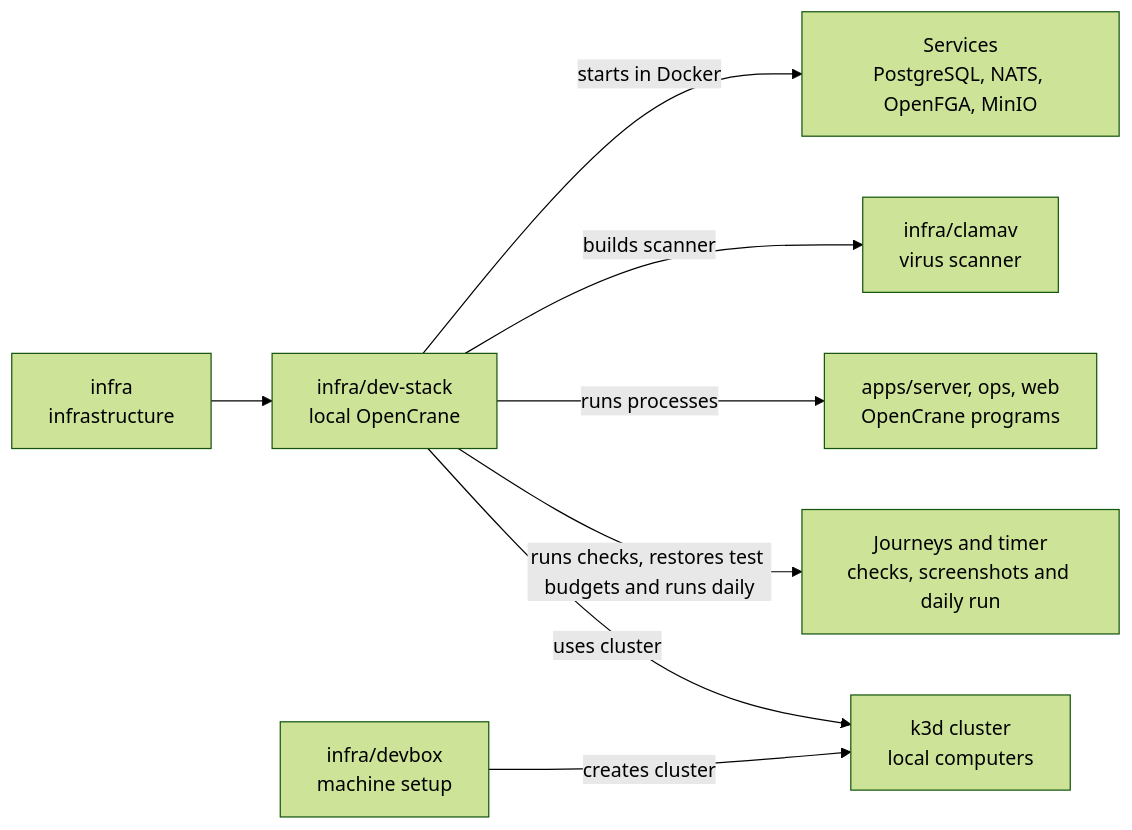
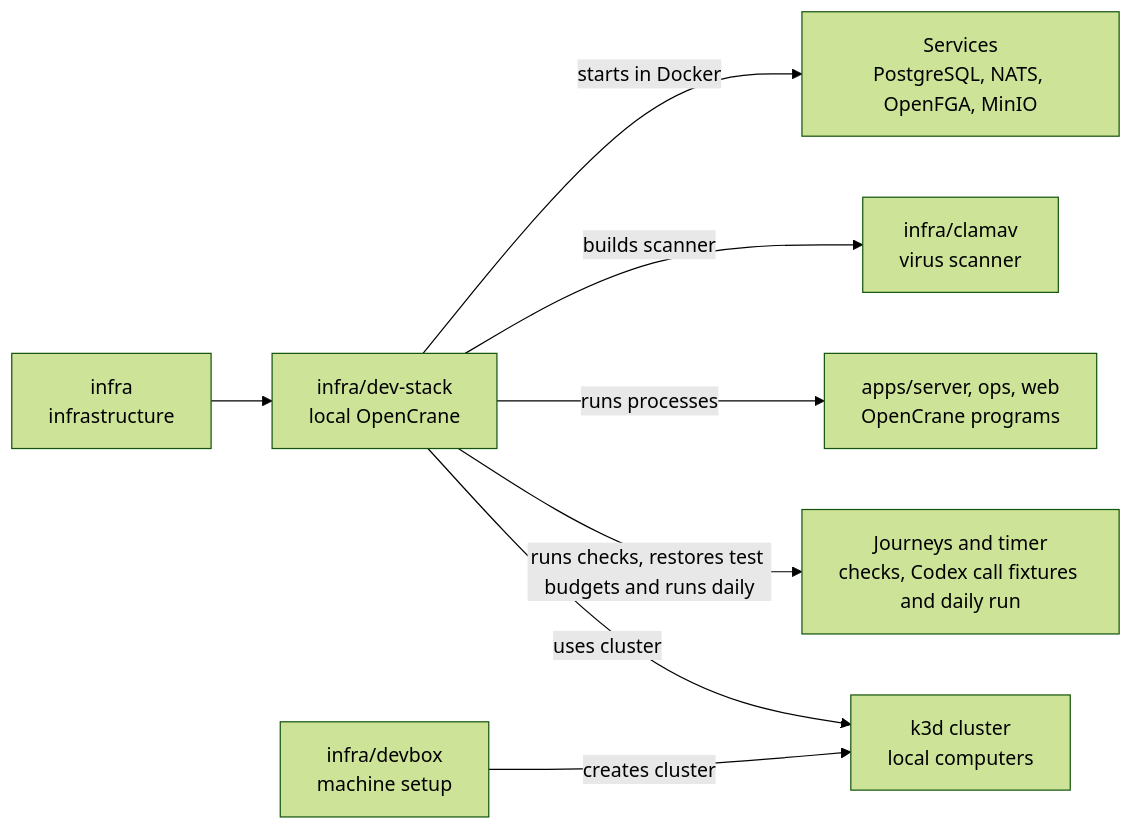
One commit to elewa-git/opencrane-new changed the diagram in infra/dev-stack/README.md. Above: the diagram before and after it, drawn with Mermaid (forest theme). The commit also changed other lines of this file and 26 other files, not shown here.

````diff
--- a/infra/dev-stack/README.md
+++ b/infra/dev-stack/README.md
@@ -15,10 +15,10 @@
 ```mermaid
 flowchart LR
   infra["infra<br/>infrastructure"] --> stack["infra/dev-stack<br/>local OpenCrane"]
   stack -->|starts in Docker| services["Services<br/>PostgreSQL, NATS, OpenFGA, MinIO"]
   stack -->|builds scanner| clamav["infra/clamav<br/>virus scanner"]
   stack -->|runs processes| apps["apps/server, ops, web<br/>OpenCrane programs"]
-  stack -->|runs checks, restores test budgets and runs daily| journeys["Journeys and timer<br/>checks, screenshots and daily run"]
+  stack -->|runs checks, restores test budgets and runs daily| journeys["Journeys and timer<br/>checks, Codex call fixtures and daily run"]
   devbox["infra/devbox<br/>machine setup"] -->|creates cluster| cluster["k3d cluster<br/>local computers"]
   stack -->|uses cluster| cluster
 ```
````
